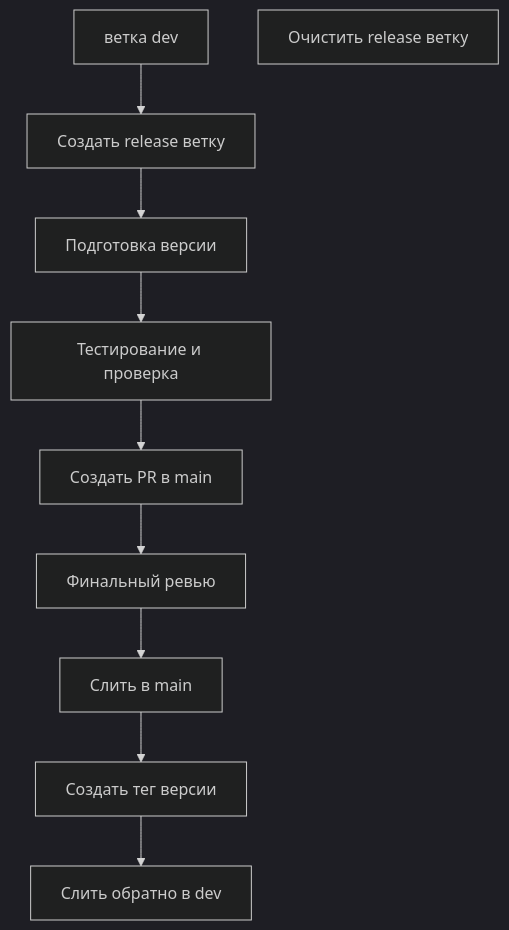
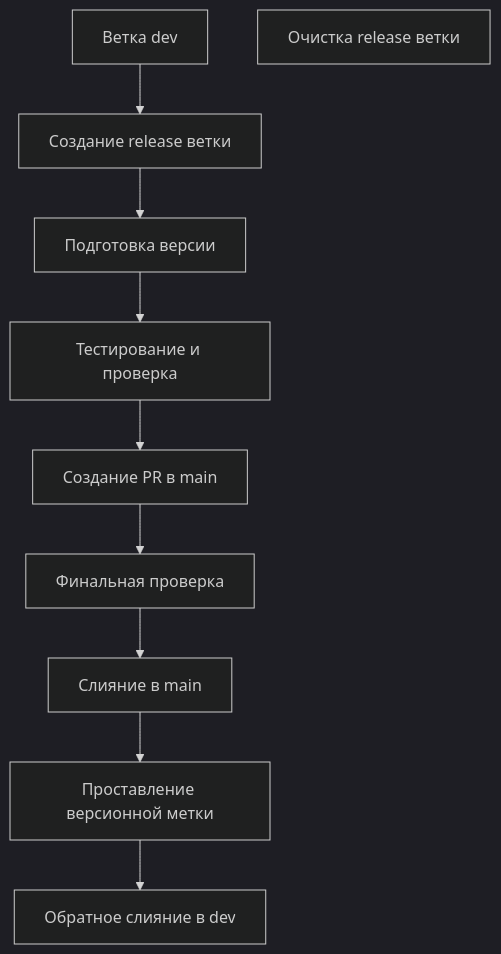
The third of 3 diagrams in docs/src/ru/dev/branch-maintenance-guide.md (ChenXu233/YaoXiang), drawn with Mermaid (dark theme) before and after one commit. The commit also changed other lines of this file and 358 other files, not shown here.

````diff
--- a/docs/src/ru/dev/branch-maintenance-guide.md
+++ b/docs/src/ru/dev/branch-maintenance-guide.md
@@ -181,12 +181,12 @@
 ```mermaid
 graph TD
-    A[ветка dev] --> B[Создать release ветку]
+    A[Ветка dev] --> B[Создание release ветки]
     B --> C[Подготовка версии]
     C --> D[Тестирование и проверка]
-    D --> E[Создать PR в main]
-    E --> F[Финальный ревью]
-    F --> G[Слить в main]
-    G --> H[Создать тег версии]
-    H --> I[Слить обратно в dev]
-    J[Очистить release ветку]
+    D --> E[Создание PR в main]
+    E --> F[Финальная проверка]
+    F --> G[Слияние в main]
+    G --> H[Проставление версионной метки]
+    H --> I[Обратное слияние в dev]
+    J[Очистка release ветки]
 ```
````
